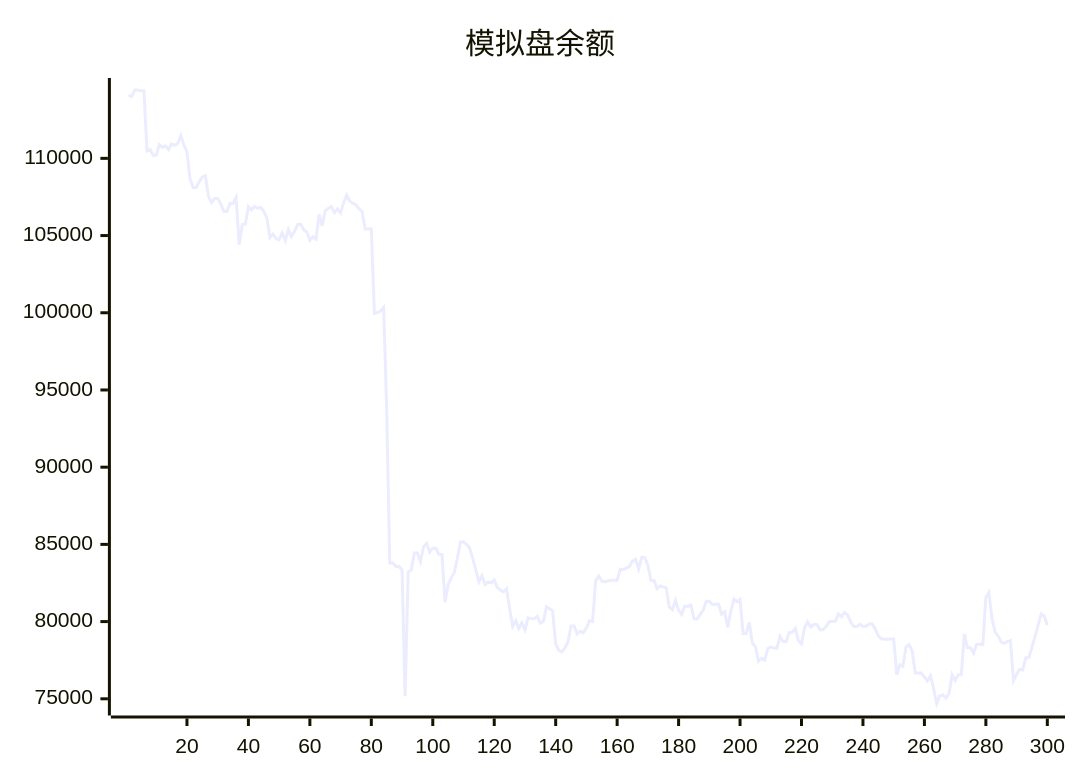
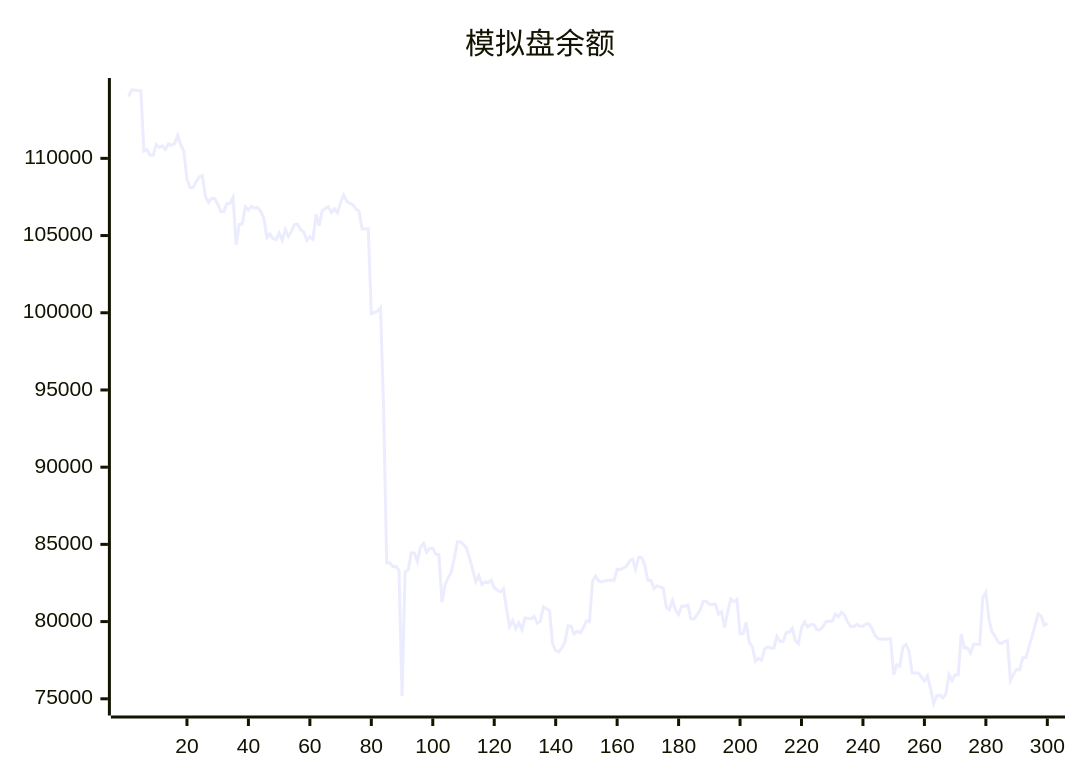
One commit to aahl/ai-trading changed the diagram in README.md. Above: the diagram before and after it, drawn with Mermaid. The commit also changed other lines of this file and 1 other file, not shown here.

````diff
--- a/README.md
+++ b/README.md
@@ -5,5 +5,5 @@
 ```mermaid
 xychart
     title "模拟盘余额"
-    line [114091,113998,114427,114422,114384,114384,110477,110576,110198,110198,110890,110712,110812,110569,110929,110847,110968,111478,110870,110433,108661,108116,108115,108485,108797,108877,107536,107134,107393,107393,107046,106565,106565,107081,107081,107478,104404,105715,105749,106866,106651,106889,106771,106816,106565,106141,104876,105103,104796,104734,105169,104690,105380,104941,105272,105709,105739,105374,105227,104691,104924,104762,106364,105628,106608,106748,106872,106485,106721,106468,107132,107620,107224,107080,107001,106717,106567,105431,105431,105440,99950,100017,100113,100337,93749,83795,83807,83567,83567,83342,75168,83222,83336,84448,84449,83896,84839,85065,84499,84757,84757,84364,84347,81254,82385,82835,83184,84099,85150,85150,85002,84751,84096,83356,82582,82983,82404,82572,82512,82688,82200,82047,81920,82125,80840,79688,80060,79552,79920,79470,80236,80208,80170,80336,79894,80006,80954,80837,80712,78561,78139,78037,78293,78682,79720,79720,79214,79372,79279,79591,80046,79993,82625,82950,82626,82571,82633,82670,82670,82681,83386,83378,83464,83579,83920,84037,83402,84160,84142,83652,82655,82655,82145,82315,82243,82163,80934,80770,81371,80742,80468,80989,80989,81067,80191,80155,80450,80737,81309,81309,81106,81119,81119,80471,80631,79624,80670,81448,81290,81429,79212,79222,79940,78643,78380,77432,77623,77504,78235,78358,78284,78277,79048,78714,78714,79290,79308,79567,78763,78563,79603,79988,79652,79813,79813,79476,79469,79673,79995,80015,80015,80486,80314,80600,80436,79966,79689,79689,79819,79692,79692,79850,79850,79518,79071,78889,78850,78850,78878,78878,76554,77202,77103,78357,78510,78106,76678,76677,76672,76411,76159,76485,75656,74695,75197,75246,75052,75334,76564,76179,76553,76551,79196,78300,78300,77944,78531,78531,78521,81564,81884,80160,79335,79055,78675,78580,78708,78764,76179,76586,76902,76876,77658,77669,78346,79023,79769,80497,80366,79761]
+    line [113998,114427,114422,114384,114384,110477,110576,110198,110198,110890,110712,110812,110569,110929,110847,110968,111478,110870,110433,108661,108116,108115,108485,108797,108877,107536,107134,107393,107393,107046,106565,106565,107081,107081,107478,104404,105715,105749,106866,106651,106889,106771,106816,106565,106141,104876,105103,104796,104734,105169,104690,105380,104941,105272,105709,105739,105374,105227,104691,104924,104762,106364,105628,106608,106748,106872,106485,106721,106468,107132,107620,107224,107080,107001,106717,106567,105431,105431,105440,99950,100017,100113,100337,93749,83795,83807,83567,83567,83342,75168,83222,83336,84448,84449,83896,84839,85065,84499,84757,84757,84364,84347,81254,82385,82835,83184,84099,85150,85150,85002,84751,84096,83356,82582,82983,82404,82572,82512,82688,82200,82047,81920,82125,80840,79688,80060,79552,79920,79470,80236,80208,80170,80336,79894,80006,80954,80837,80712,78561,78139,78037,78293,78682,79720,79720,79214,79372,79279,79591,80046,79993,82625,82950,82626,82571,82633,82670,82670,82681,83386,83378,83464,83579,83920,84037,83402,84160,84142,83652,82655,82655,82145,82315,82243,82163,80934,80770,81371,80742,80468,80989,80989,81067,80191,80155,80450,80737,81309,81309,81106,81119,81119,80471,80631,79624,80670,81448,81290,81429,79212,79222,79940,78643,78380,77432,77623,77504,78235,78358,78284,78277,79048,78714,78714,79290,79308,79567,78763,78563,79603,79988,79652,79813,79813,79476,79469,79673,79995,80015,80015,80486,80314,80600,80436,79966,79689,79689,79819,79692,79692,79850,79850,79518,79071,78889,78850,78850,78878,78878,76554,77202,77103,78357,78510,78106,76678,76677,76672,76411,76159,76485,75656,74695,75197,75246,75052,75334,76564,76179,76553,76551,79196,78300,78300,77944,78531,78531,78521,81564,81884,80160,79335,79055,78675,78580,78708,78764,76179,76586,76902,76876,77658,77669,78346,79023,79769,80497,80366,79761,79896]
 ```
````
